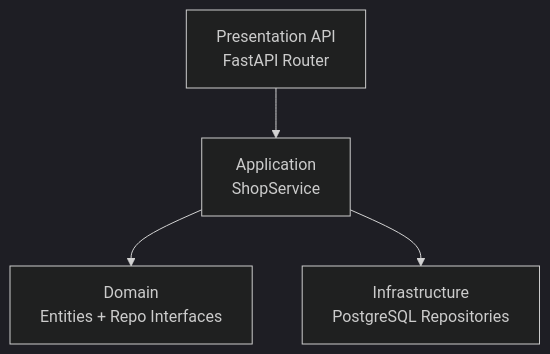
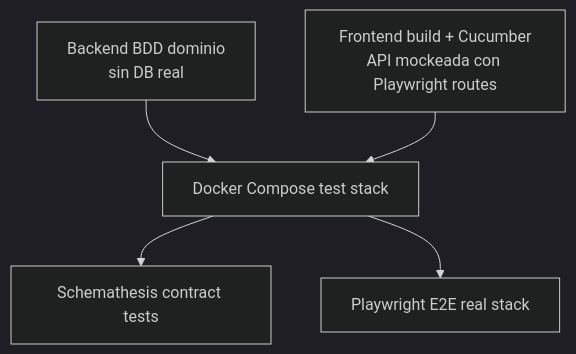
One commit to gnm3000/react-bdd-cucumber changed the second of 2 diagrams in README.md. Above: the diagram before and after it, drawn with Mermaid (dark theme). The commit also changed other lines of this file, not shown here.

````diff
--- a/README.md
+++ b/README.md
@@ -57,6 +205,7 @@
 ```mermaid
 flowchart TD
-  API[Presentation API<br/>FastAPI Router] --> SVC[Application<br/>ShopService]
-  SVC --> DOM[Domain<br/>Entities + Repo Interfaces]
-  SVC --> INFRA[Infrastructure<br/>PostgreSQL Repositories]
+  A[Backend BDD dominio<br/>sin DB real] --> C[Integración]
+  B[Frontend build + Cucumber<br/>API mockeada con Playwright routes] --> C
+  C[Docker Compose test stack] --> D[Schemathesis contract tests]
+  C --> E[Playwright E2E real stack]
 ```
````
